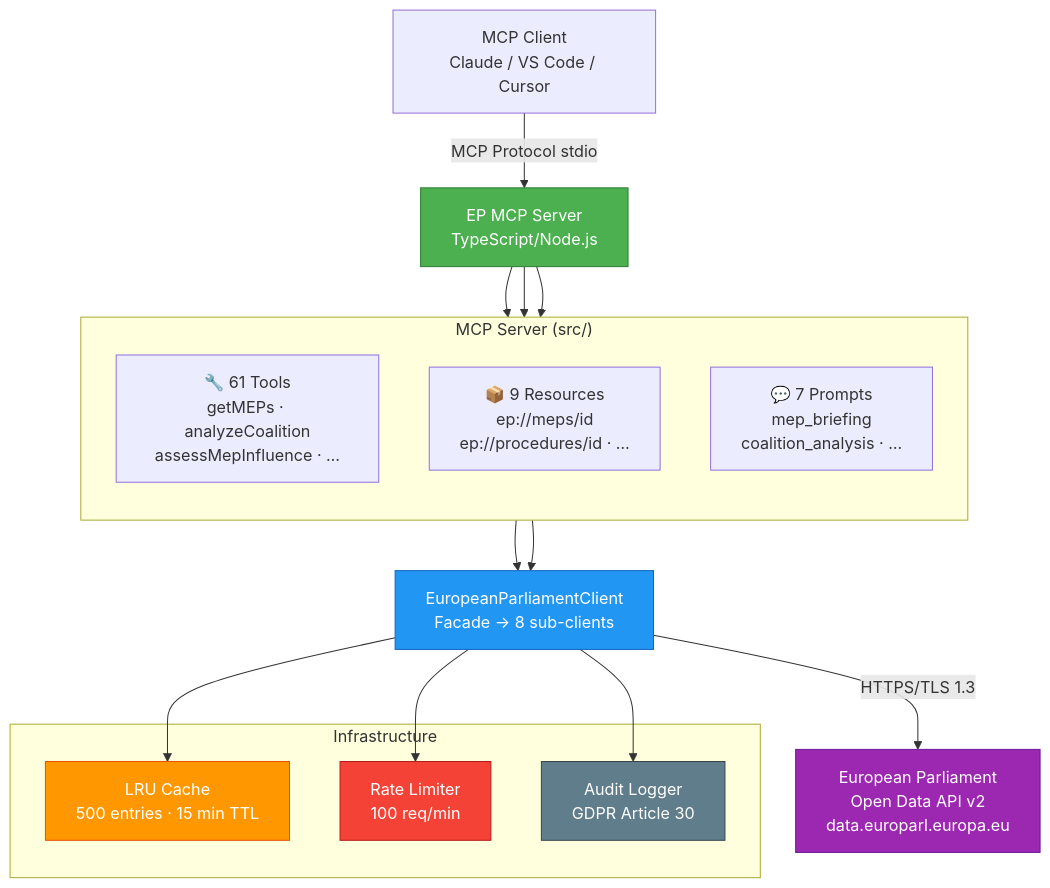
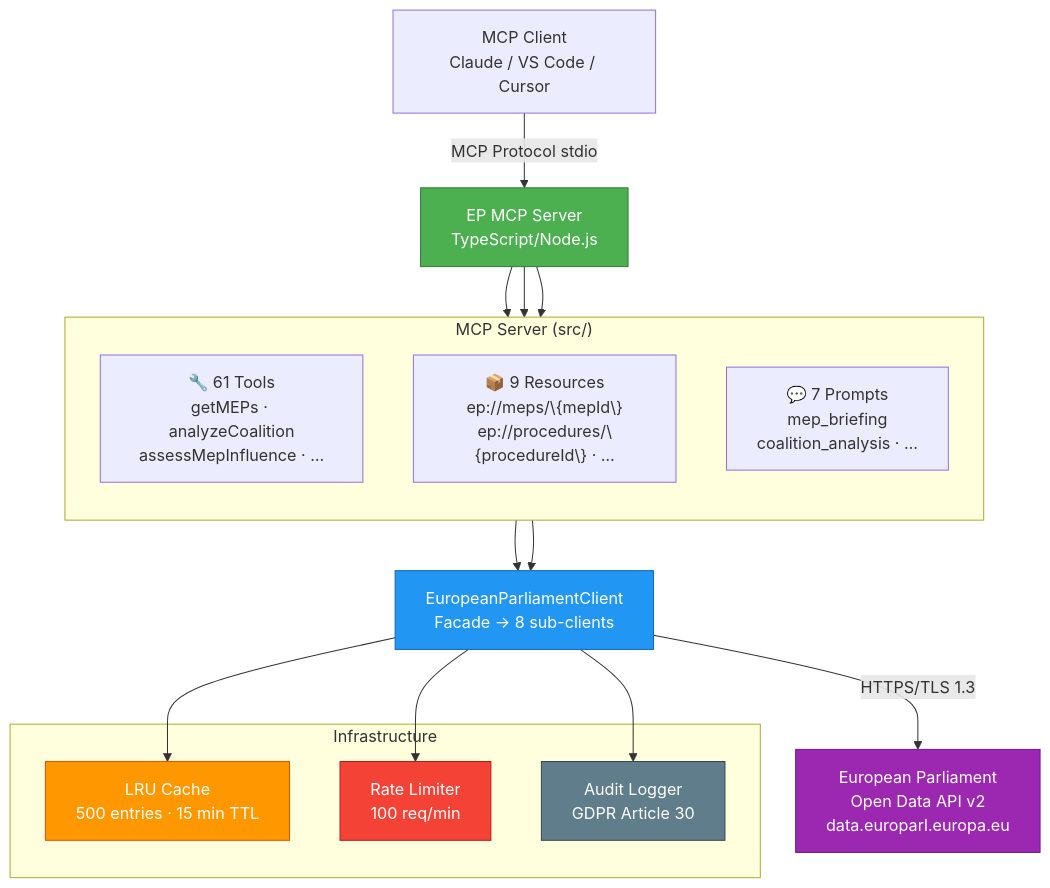
One commit to Hack23/European-Parliament-MCP-Server changed the first of 6 diagrams in README.md. Above: the diagram before and after it, drawn with Mermaid. The commit also changed 14 other files, not shown here.

````diff
--- a/README.md
+++ b/README.md
@@ -515,35 +515,35 @@
 ```mermaid
 graph TB
     Client[MCP Client<br/>Claude / VS Code / Cursor] -->|MCP Protocol stdio| Server[EP MCP Server<br/>TypeScript/Node.js]
 
     subgraph "MCP Server (src/)"
         direction TB
         Tools[🔧 61 Tools<br/>getMEPs · analyzeCoalition<br/>assessMepInfluence · …]
-        Resources["📦 9 Resources<br/>ep://meps/id<br/>ep://procedures/id · …"]
+        Resources["📦 9 Resources<br/>ep://meps/\{mepId\}<br/>ep://procedures/\{procedureId\} · …"]
         Prompts[💬 7 Prompts<br/>mep_briefing<br/>coalition_analysis · …]
     end
 
     Server --> Tools
     Server --> Resources
     Server --> Prompts
 
     subgraph "Infrastructure"
         Cache[LRU Cache<br/>500 entries · 15 min TTL]
         RateLimiter[Rate Limiter<br/>100 req/min]
         AuditLog[Audit Logger<br/>GDPR Article 30]
     end
 
     Tools --> EPClient[EuropeanParliamentClient<br/>Facade → 8 sub-clients]
     Resources --> EPClient
     EPClient --> Cache
     EPClient --> RateLimiter
     EPClient --> AuditLog
     EPClient -->|HTTPS/TLS 1.3| EPAPI[European Parliament<br/>Open Data API v2<br/>data.europarl.europa.eu]
 
     style Server fill:#4CAF50,stroke:#2E7D32,color:#fff
     style EPClient fill:#2196F3,stroke:#1565C0,color:#fff
     style EPAPI fill:#9C27B0,stroke:#6A1B9A,color:#fff
     style Cache fill:#FF9800,stroke:#E65100,color:#fff
     style RateLimiter fill:#F44336,stroke:#B71C1C,color:#fff
     style AuditLog fill:#607D8B,stroke:#37474F,color:#fff
 ```
````
